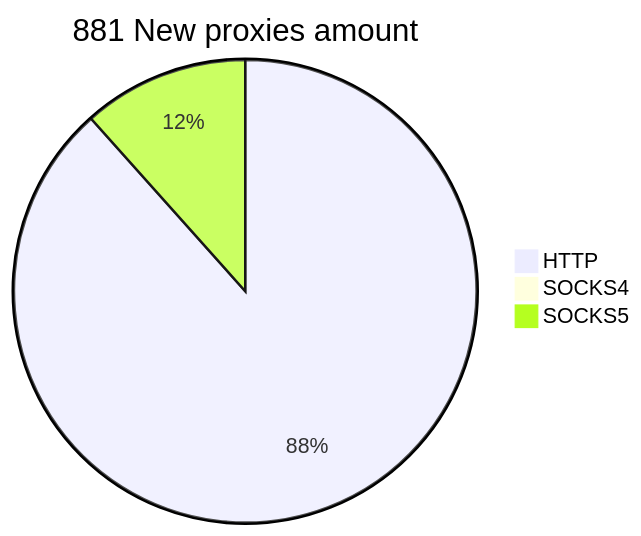
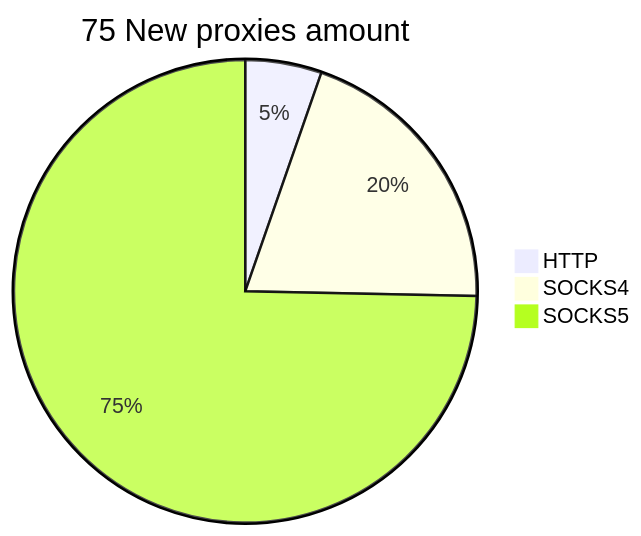
Before and after one commit to cutipu/proxylist: the second of 2 diagrams in README.md, drawn with Mermaid. The commit also changed other lines of this file, not shown here.

````diff
--- a/README.md
+++ b/README.md
@@ -10,6 +10,6 @@
 ```mermaid
-pie title 881 New proxies amount
-    "HTTP" : 777
-    "SOCKS4" : 2
-    "SOCKS5" : 102
+pie title 75 New proxies amount
+    "HTTP" : 4
+    "SOCKS4" : 15
+    "SOCKS5" : 56
 ```
````
